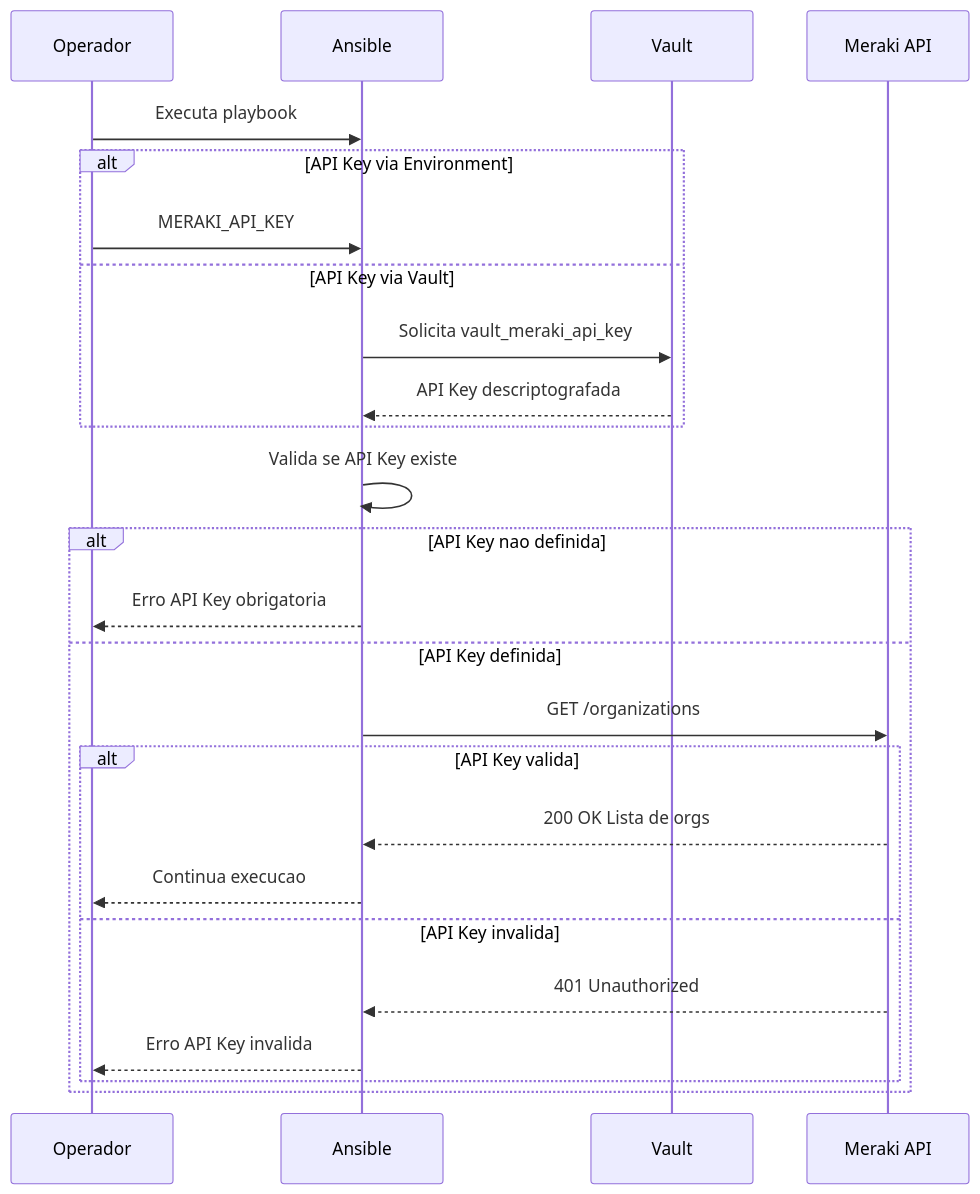
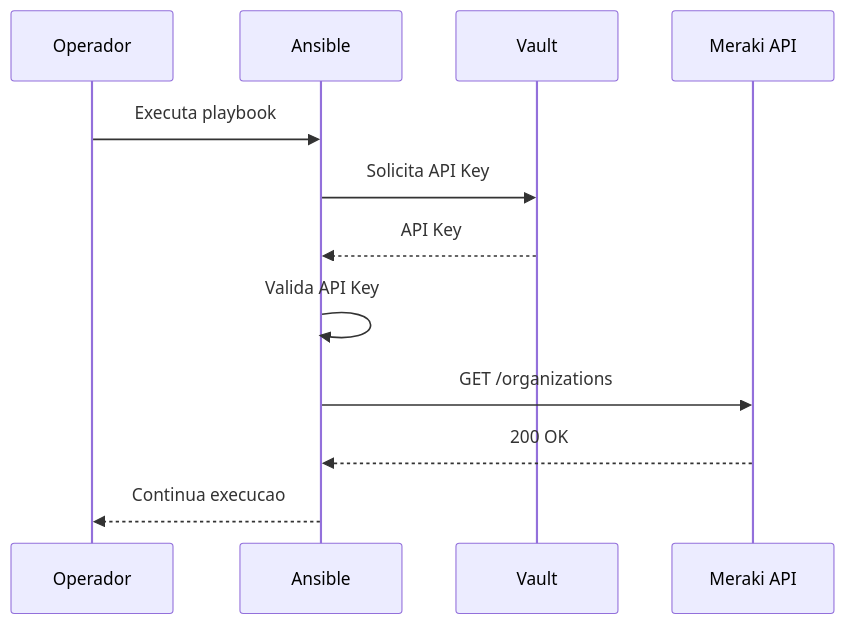
One commit to rodrigo-freitas-com/meraki-ansible changed the third of 11 diagrams in docs/system-modeling.md. Above: the diagram before and after it, drawn with Mermaid. The commit also changed other lines of this file and 3 other files, not shown here.

````diff
--- a/docs/system-modeling.md
+++ b/docs/system-modeling.md
@@ -161,32 +172,15 @@
 ```mermaid
 sequenceDiagram
     participant O as Operador
     participant A as Ansible
     participant V as Vault
     participant M as Meraki API
 
     O->>A: Executa playbook
-
-    alt API Key via Environment
-        O->>A: MERAKI_API_KEY
-    else API Key via Vault
-        A->>V: Solicita vault_meraki_api_key
-        V-->>A: API Key descriptografada
-    end
-
-    A->>A: Valida se API Key existe
-
-    alt API Key nao definida
-        A-->>O: Erro API Key obrigatoria
-    else API Key definida
-        A->>M: GET /organizations
-
-        alt API Key valida
-            M-->>A: 200 OK Lista de orgs
-            A-->>O: Continua execucao
-        else API Key invalida
-            M-->>A: 401 Unauthorized
-            A-->>O: Erro API Key invalida
-        end
-    end
+    A->>V: Solicita API Key
+    V-->>A: API Key
+    A->>A: Valida API Key
+    A->>M: GET /organizations
+    M-->>A: 200 OK
+    A-->>O: Continua execucao
 ```
````
